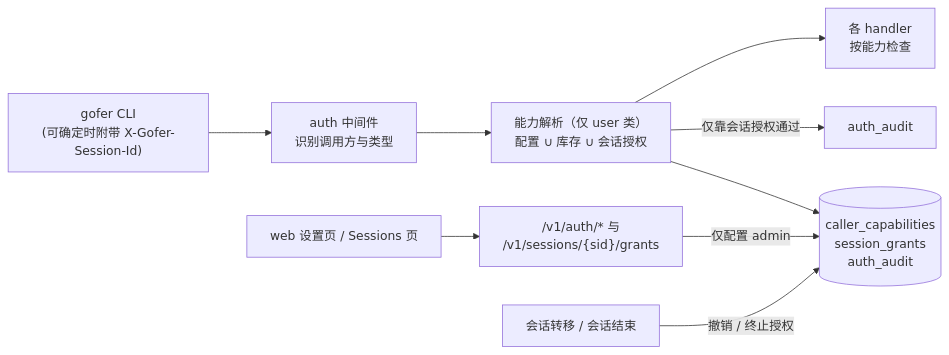
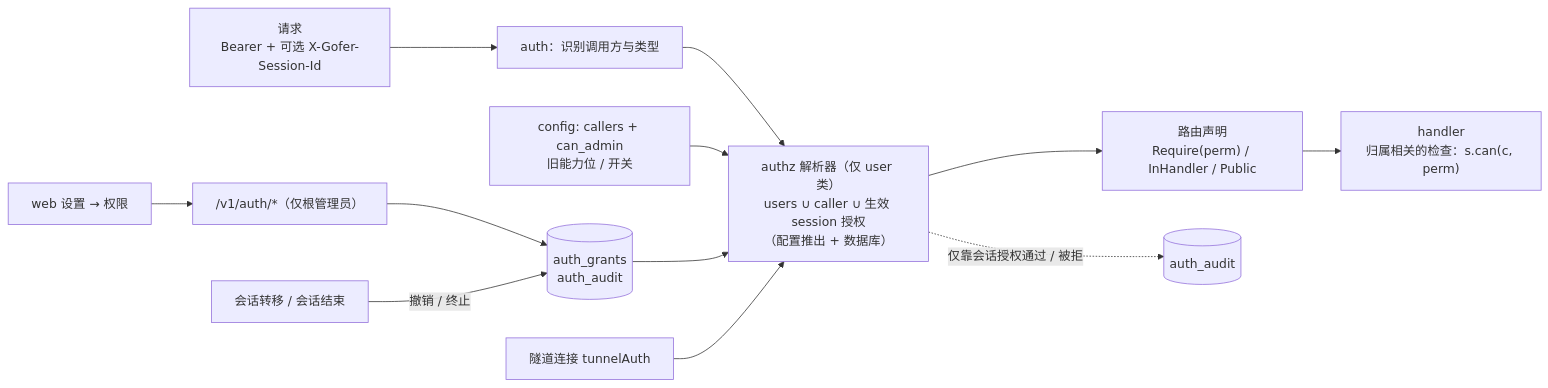
The first of 2 diagrams in docs/design/2026-10-14-db-capabilities-and-session-grants-design.md (inhere/gofer), drawn with Mermaid before and after one commit. The commit also changed other lines of this file, not shown here.

Commit message:
docs(design): permission catalog and pattern grants (Draft 0.3)

````diff
--- a/docs/design/2026-10-14-db-capabilities-and-session-grants-design.md
+++ b/docs/design/2026-10-14-db-capabilities-and-session-grants-design.md
@@ -131,11 +204,13 @@
 ```mermaid
 flowchart LR
-  CLI["gofer CLI<br/>(可确定时附带 X-Gofer-Session-Id)"] --> AUTH["auth 中间件<br/>识别调用方与类型"]
-  AUTH --> CAPS["能力解析（仅 user 类）<br/>配置 ∪ 库存 ∪ 会话授权"]
-  CAPS --> H["各 handler<br/>按能力检查"]
-  CAPS -- 仅靠会话授权通过 --> AUD["auth_audit"]
-  WEB["web 设置页 / Sessions 页"] --> API["/v1/auth/* 与<br/>/v1/sessions/{sid}/grants"]
-  API -- 仅配置 admin --> DB[("caller_capabilities<br/>session_grants<br/>auth_audit")]
-  CAPS --> DB
-  OWN["会话转移 / 会话结束"] -- 撤销 / 终止授权 --> DB
+  REQ["请求<br/>Bearer + 可选 X-Gofer-Session-Id"] --> AUTH["auth：识别调用方与类型"]
+  AUTH --> RES["authz 解析器（仅 user 类）<br/>users ∪ caller ∪ 生效 session 授权<br/>（配置推出 + 数据库）"]
+  RES --> ROUTE["路由声明<br/>Require(perm) / InHandler / Public"]
+  ROUTE --> H["handler<br/>归属相关的检查：s.can(c, perm)"]
+  RES -. 仅靠会话授权通过 / 被拒 .-> AUD[("auth_audit")]
+  WEB["web 设置 → 权限"] --> API["/v1/auth/*（仅根管理员）"] --> DB[("auth_grants<br/>auth_audit")]
+  CFG["config: callers + can_admin<br/>旧能力位 / 开关"] --> RES
+  DB --> RES
+  TUN["隧道连接 tunnelAuth"] --> RES
+  SR["会话转移 / 会话结束"] -- 撤销 / 终止 --> DB
 ```
````
